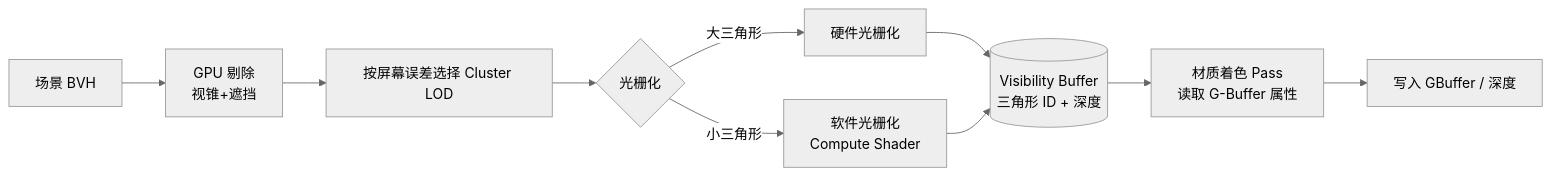
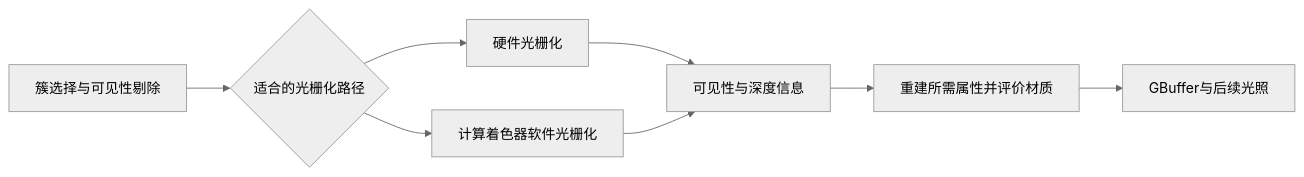
One commit to fantuan812/learning changed the second of 3 diagrams in 知识/04-图形动画与物理仿真/渲染管线与光照/04-Nanite与Lumen.md. Above: the diagram before and after it, drawn with Mermaid (neutral theme). The commit also changed other lines of this file and 2 other files, not shown here.

````diff
--- a/知识/04-图形动画与物理仿真/渲染管线与光照/04-Nanite与Lumen.md
+++ b/知识/04-图形动画与物理仿真/渲染管线与光照/04-Nanite与Lumen.md
@@ -100,12 +103,10 @@
 ```mermaid
 flowchart LR
-    BVH[场景 BVH] --> CULL[GPU 剔除<br/>视锥+遮挡]
-    CULL --> LOD[按屏幕误差选择 Cluster LOD]
-    LOD --> RAST{光栅化}
-    RAST -->|大三角形| HW[硬件光栅化]
-    RAST -->|小三角形| SW[软件光栅化<br/>Compute Shader]
-    HW --> VB[(Visibility Buffer<br/>三角形 ID + 深度)]
-    SW --> VB
-    VB --> SHADE[材质着色 Pass<br/>读取 G-Buffer 属性]
-    SHADE --> OUT[写入 GBuffer / 深度]
+    C[簇选择与可见性剔除] --> R{适合的光栅化路径}
+    R --> HW[硬件光栅化]
+    R --> SW[计算着色器软件光栅化]
+    HW --> V[可见性与深度信息]
+    SW --> V
+    V --> M[重建所需属性并评价材质]
+    M --> G[GBuffer与后续光照]
 ```
````
